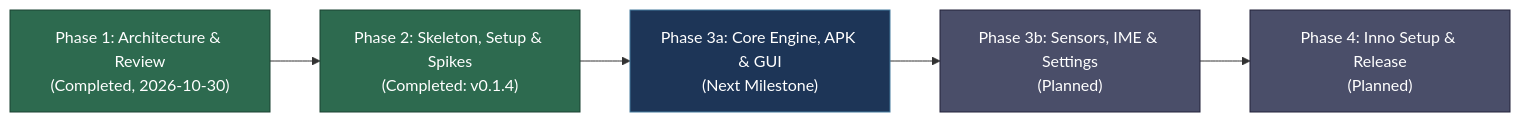
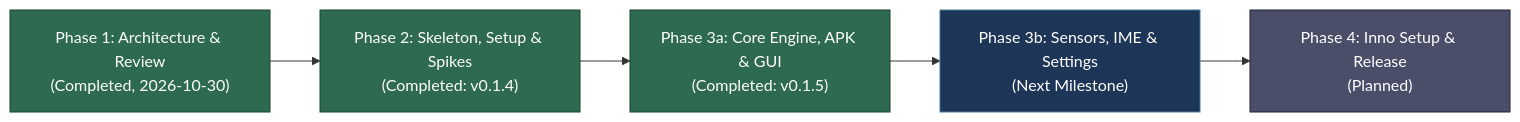
One commit to OrcusExtreme/Orcus_APK_Emulator changed the diagram in README.md. Above: the diagram before and after it, drawn with Mermaid. The commit also changed other lines of this file and 60 other files, not shown here.

````diff
--- a/README.md
+++ b/README.md
@@ -86,12 +86,12 @@
 ```mermaid
 flowchart LR
     A["Phase 1: Architecture & Review<br/>(Completed, 2026-10-30)"] --> B["Phase 2: Skeleton, Setup & Spikes<br/>(Completed: v0.1.4)"]
-    B --> C["Phase 3a: Core Engine, APK & GUI<br/>(Next Milestone)"]
-    C --> D["Phase 3b: Sensors, IME & Settings<br/>(Planned)"]
+    B --> C["Phase 3a: Core Engine, APK & GUI<br/>(Completed: v0.1.5)"]
+    C --> D["Phase 3b: Sensors, IME & Settings<br/>(Next Milestone)"]
     D --> E["Phase 4: Inno Setup & Release<br/>(Planned)"]
     style A fill:#2d6a4f,stroke:#1b4332,color:#fff
     style B fill:#2d6a4f,stroke:#1b4332,color:#fff
-    style C fill:#1d3557,stroke:#457b9d,color:#fff
-    style D fill:#4a4e69,stroke:#22223b,color:#fff
+    style C fill:#2d6a4f,stroke:#1b4332,color:#fff
+    style D fill:#1d3557,stroke:#457b9d,color:#fff
     style E fill:#4a4e69,stroke:#22223b,color:#fff
 ```
````
